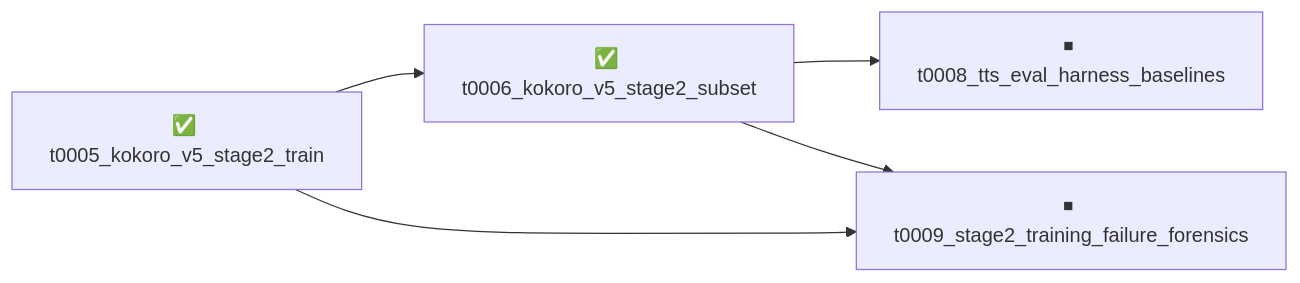
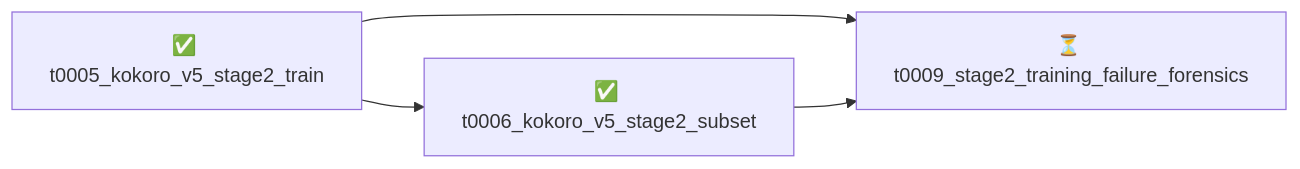
The diagram in overview/tasks/README.md (rezolved/rail-arf-tts), drawn with Mermaid before and after one commit. The commit also changed other lines of this file and 33 other files, not shown here.

Commit message:
overview: refresh after t0008_tts_eval_harness_baselines

````diff
--- a/overview/tasks/README.md
+++ b/overview/tasks/README.md
@@ -12,12 +12,10 @@
 ```mermaid
 graph LR
     t0005_kokoro_v5_stage2_train["✅ t0005_kokoro_v5_stage2_train"]
     t0006_kokoro_v5_stage2_subset["✅ t0006_kokoro_v5_stage2_subset"]
-    t0008_tts_eval_harness_baselines["⏹ t0008_tts_eval_harness_baselines"]
-    t0009_stage2_training_failure_forensics["⏹ t0009_stage2_training_failure_forensics"]
+    t0009_stage2_training_failure_forensics["⏳ t0009_stage2_training_failure_forensics"]
 
     t0005_kokoro_v5_stage2_train --> t0006_kokoro_v5_stage2_subset
-    t0006_kokoro_v5_stage2_subset --> t0008_tts_eval_harness_baselines
     t0005_kokoro_v5_stage2_train --> t0009_stage2_training_failure_forensics
     t0006_kokoro_v5_stage2_subset --> t0009_stage2_training_failure_forensics
 ```
````
